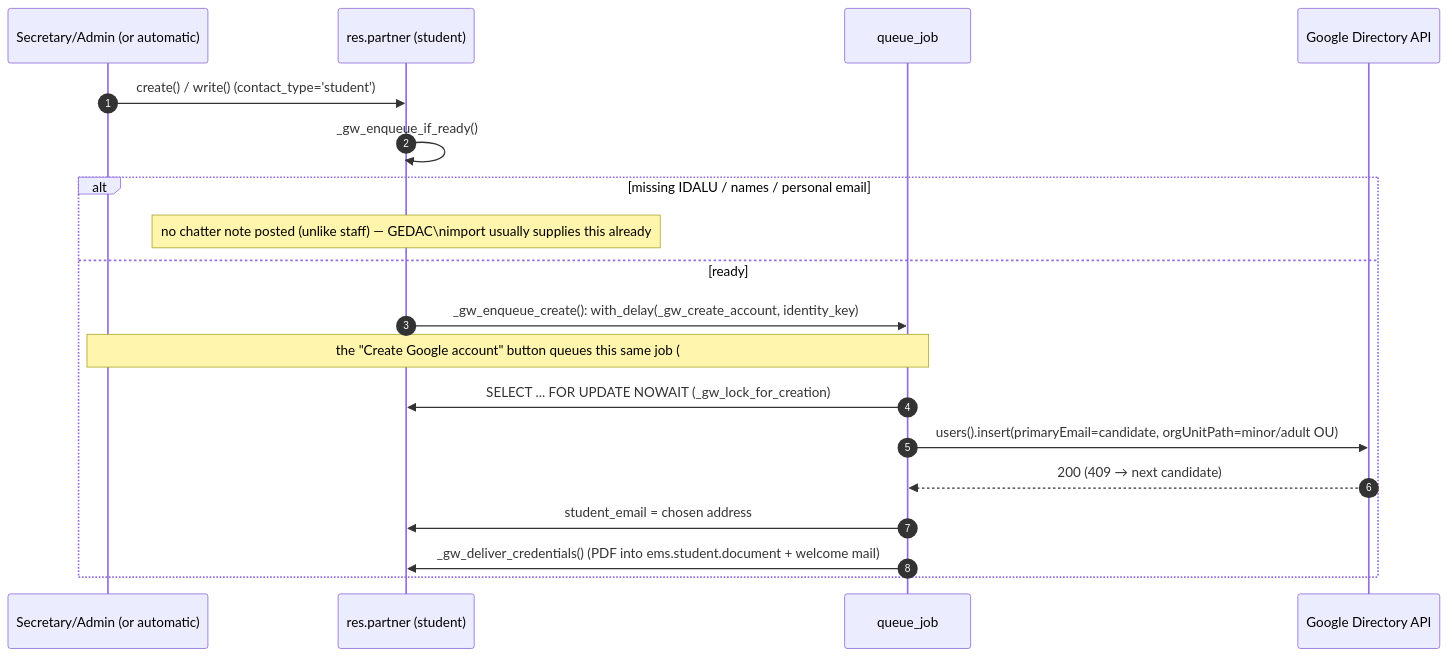
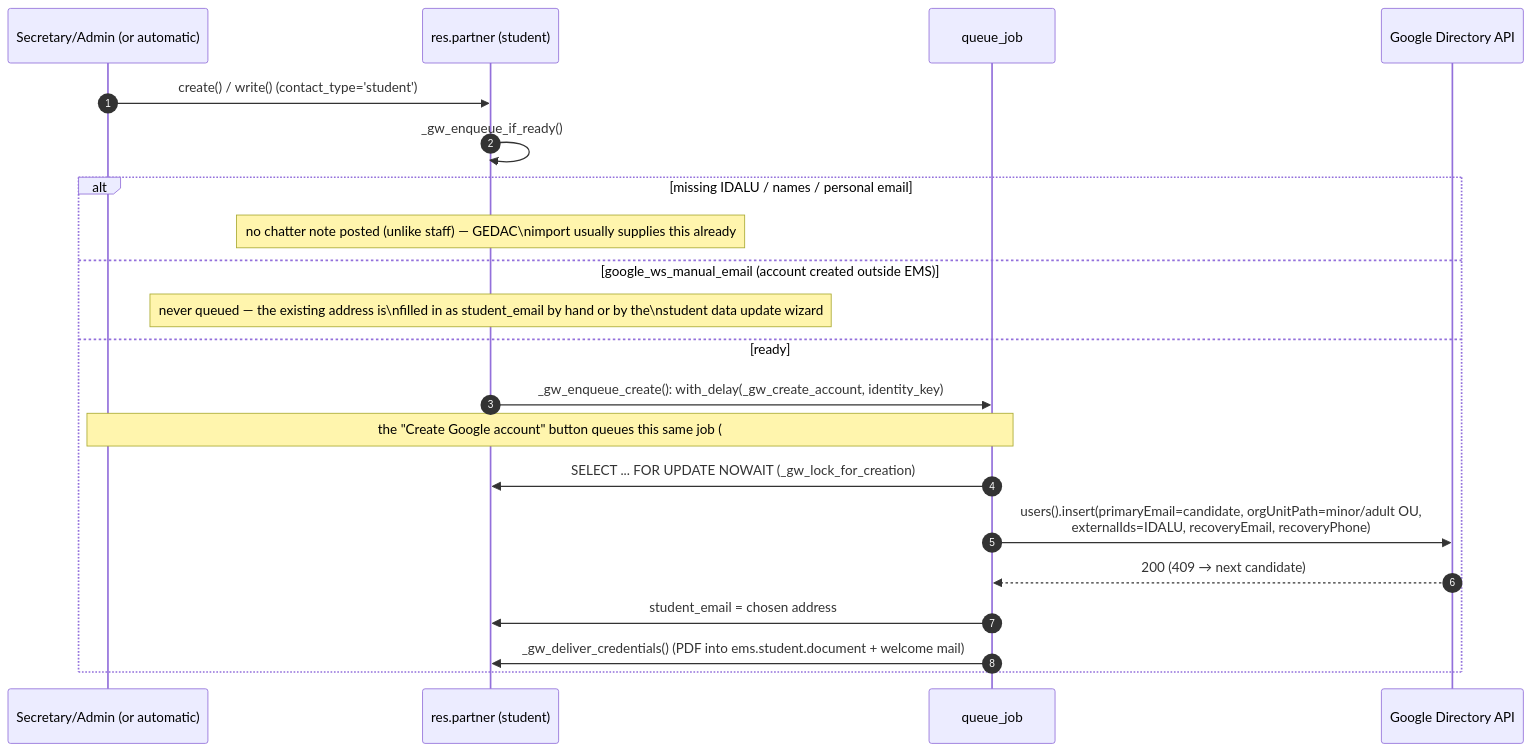
One commit to ElPuig/EMS changed the first of 6 diagrams in docs/en/developers/contacts/google_workspace_student.md. Above: the diagram before and after it, drawn with Mermaid. The commit also changed other lines of this file and 181 other files, not shown here.

````diff
--- a/docs/en/developers/contacts/google_workspace_student.md
+++ b/docs/en/developers/contacts/google_workspace_student.md
@@ -20,22 +20,24 @@
 ```mermaid
 sequenceDiagram
     autonumber
     participant U as Secretary/Admin (or automatic)
     participant P as res.partner (student)
     participant Q as queue_job
     participant G as Google Directory API
 
     U->>P: create() / write() (contact_type='student')
     P->>P: _gw_enqueue_if_ready()
     alt missing IDALU / names / personal email
         Note over P: no chatter note posted (unlike staff) — GEDAC\nimport usually supplies this already
+    else google_ws_manual_email (account created outside EMS)
+        Note over P: never queued — the existing address is\nfilled in as student_email by hand or by the\nstudent data update wizard
     else ready
         P->>Q: _gw_enqueue_create(): with_delay(_gw_create_account, identity_key)
         Note over U,Q: the "Create Google account" button queues this same job (#582)
         Q->>P: SELECT ... FOR UPDATE NOWAIT (_gw_lock_for_creation)
-        Q->>G: users().insert(primaryEmail=candidate, orgUnitPath=minor/adult OU)
+        Q->>G: users().insert(primaryEmail=candidate, orgUnitPath=minor/adult OU,<br/>externalIds=IDALU, recoveryEmail, recoveryPhone)
         G-->>Q: 200 (409 → next candidate)
         Q->>P: student_email = chosen address
         Q->>P: _gw_deliver_credentials() (PDF into ems.student.document + welcome mail)
     end
 ```
````
